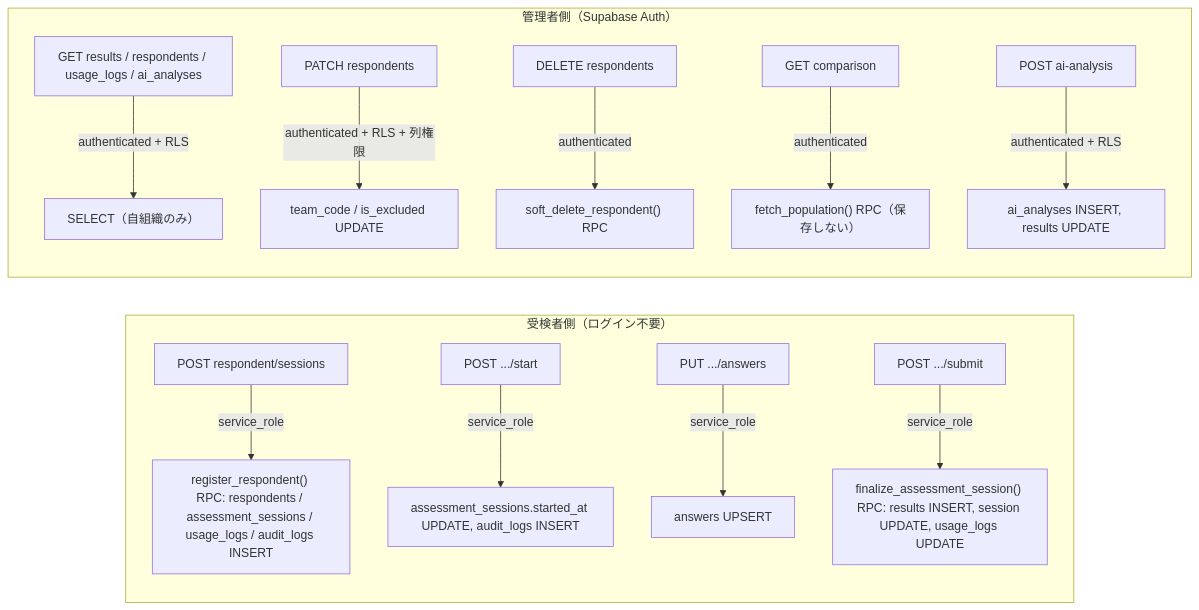
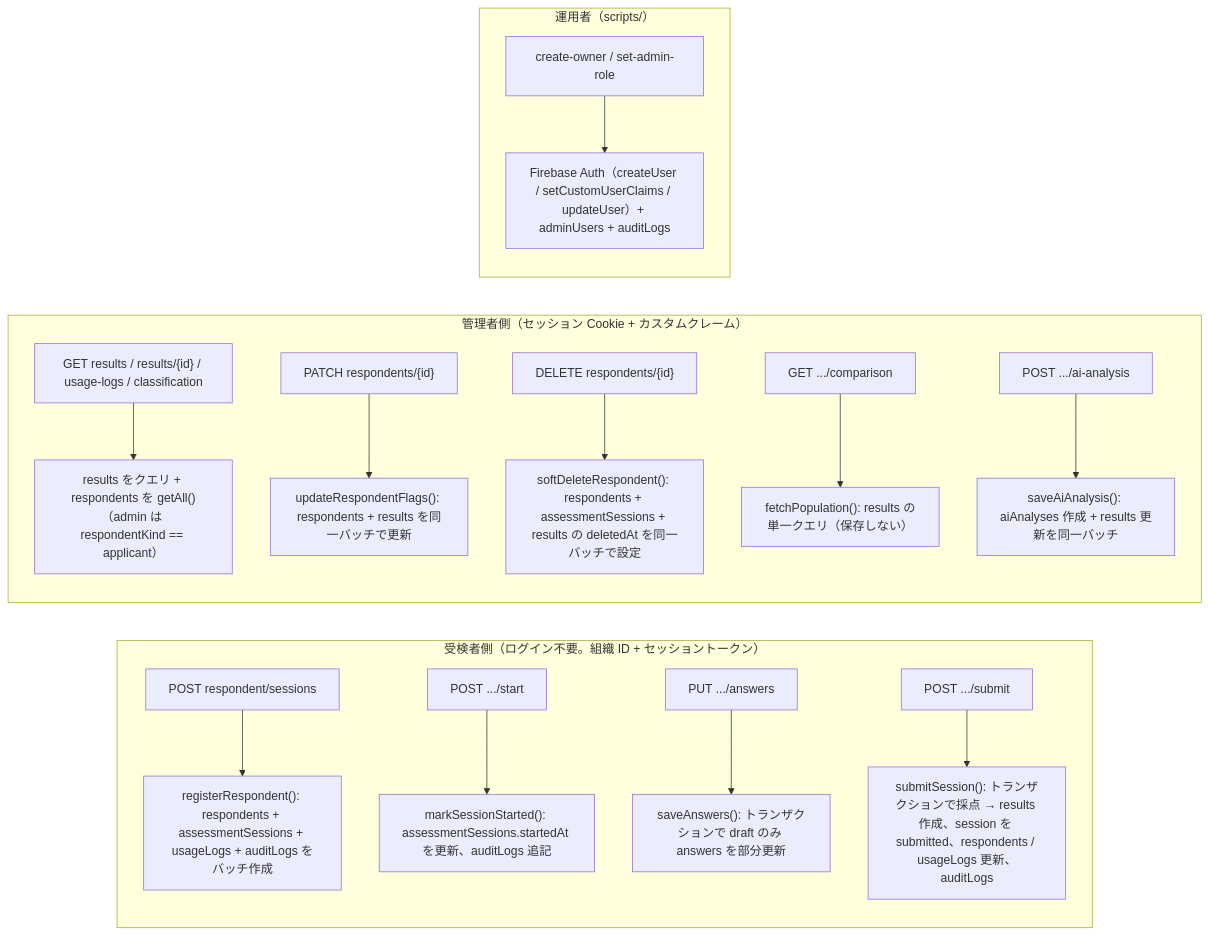
Before and after one commit to tanukichiyamaguchi/Tekisei-Kensa: the second of 3 diagrams in docs/基本設計/02_データベース設計.md, drawn with Mermaid. The commit also changed other lines of this file, not shown here.

````diff
--- a/docs/基本設計/02_データベース設計.md
+++ b/docs/基本設計/02_データベース設計.md
@@ -204,16 +216,19 @@
 ```mermaid
 flowchart LR
-    subgraph respondentSide["受検者側（ログイン不要）"]
-        R1["POST respondent/sessions"] -->|service_role| T1["register_respondent() RPC: respondents / assessment_sessions / usage_logs / audit_logs INSERT"]
-        R0["POST .../start"] -->|service_role| T0["assessment_sessions.started_at UPDATE, audit_logs INSERT"]
-        R2["PUT .../answers"] -->|service_role| T2["answers UPSERT"]
-        R3["POST .../submit"] -->|service_role| T3["finalize_assessment_session() RPC: results INSERT, session UPDATE, usage_logs UPDATE"]
+    subgraph respondentSide["受検者側（ログイン不要。組織 ID + セッショントークン）"]
+        R1["POST respondent/sessions"] --> T1["registerRespondent(): respondents + assessmentSessions + usageLogs + auditLogs をバッチ作成"]
+        R0["POST .../start"] --> T0["markSessionStarted(): assessmentSessions.startedAt を更新、auditLogs 追記"]
+        R2["PUT .../answers"] --> T2["saveAnswers(): トランザクションで draft のみ answers を部分更新"]
+        R3["POST .../submit"] --> T3["submitSession(): トランザクションで採点 → results 作成、session を submitted、respondents / usageLogs 更新、auditLogs"]
     end
-    subgraph adminSide["管理者側（Supabase Auth）"]
-        A1["GET results / respondents / usage_logs / ai_analyses"] -->|authenticated + RLS| T4["SELECT（自組織のみ）"]
-        A2["PATCH respondents"] -->|authenticated + RLS + 列権限| T5["team_code / is_excluded UPDATE"]
-        A3["DELETE respondents"] -->|authenticated| T6["soft_delete_respondent() RPC"]
-        A4["GET comparison"] -->|authenticated| T7["fetch_population() RPC（保存しない）"]
-        A5["POST ai-analysis"] -->|authenticated + RLS| T8["ai_analyses INSERT, results UPDATE"]
+    subgraph adminSide["管理者側（セッション Cookie + カスタムクレーム）"]
+        A1["GET results / results/{id} / usage-logs / classification"] --> T4["results をクエリ + respondents を getAll()（admin は respondentKind == applicant）"]
+        A2["PATCH respondents/{id}"] --> T5["updateRespondentFlags(): respondents + results を同一バッチで更新"]
+        A3["DELETE respondents/{id}"] --> T6["softDeleteRespondent(): respondents + assessmentSessions + results の deletedAt を同一バッチで設定"]
+        A4["GET .../comparison"] --> T7["fetchPopulation(): results の単一クエリ（保存しない）"]
+        A5["POST .../ai-analysis"] --> T8["saveAiAnalysis(): aiAnalyses 作成 + results 更新を同一バッチ"]
+    end
+    subgraph ops["運用者（scripts/）"]
+        S1["create-owner / set-admin-role"] --> T9["Firebase Auth（createUser / setCustomUserClaims / updateUser）+ adminUsers + auditLogs"]
     end
 ```
````
